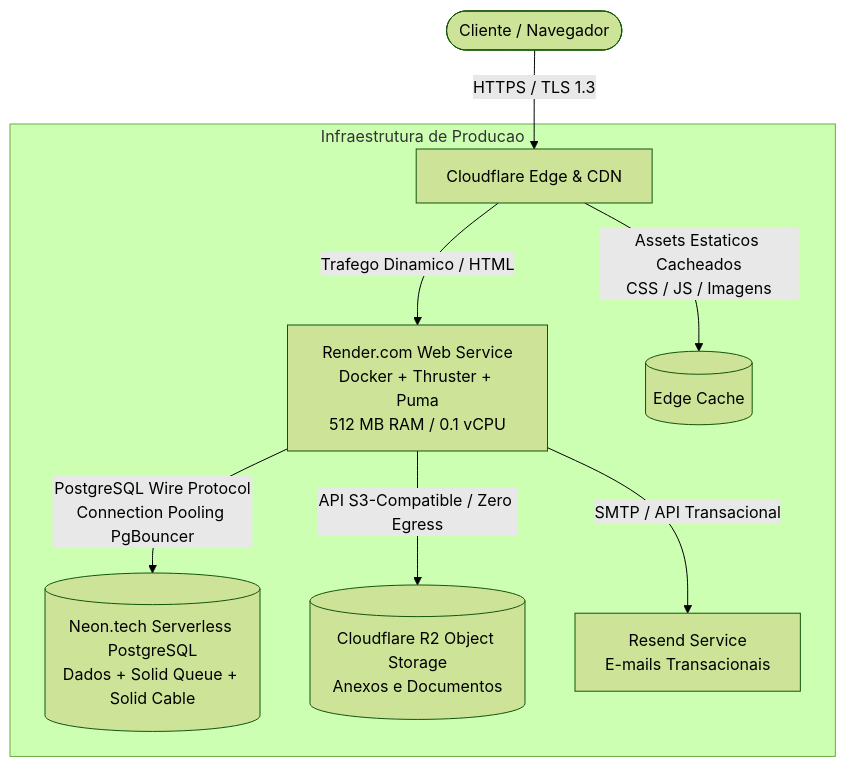
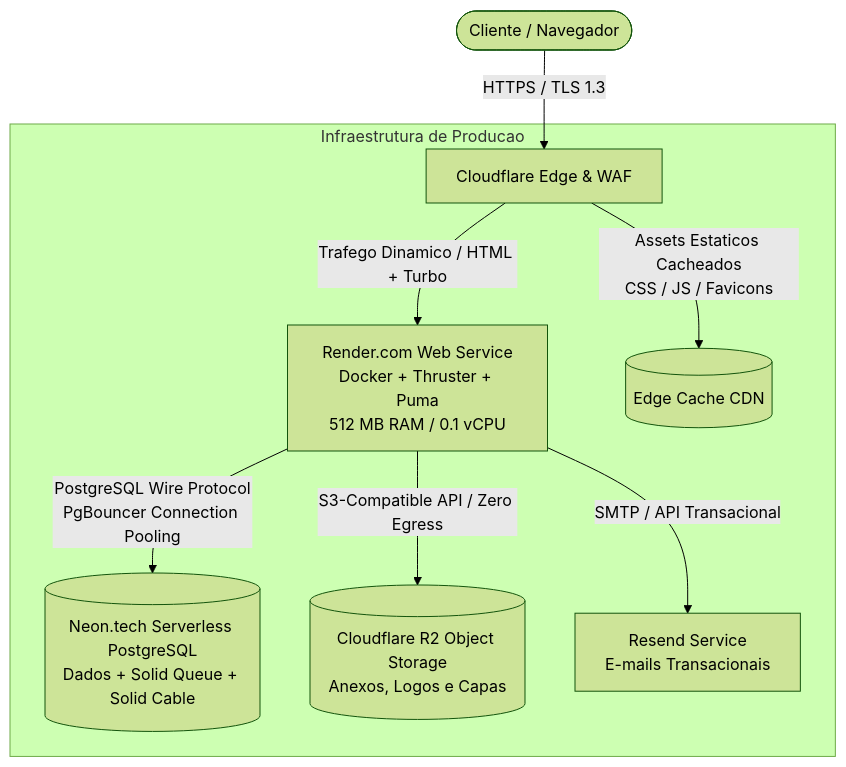
One commit to PacEvill/SpecLine changed the diagram in README.md. Above: the diagram before and after it, drawn with Mermaid (forest theme). The commit also changed other lines of this file and 146 other files, not shown here.

````diff
--- a/README.md
+++ b/README.md
@@ -55,15 +84,15 @@
 ```mermaid
 graph TD
-    Client([Cliente / Navegador]) -->|HTTPS / TLS 1.3| Cloudflare[Cloudflare Edge & CDN]
+    Client([Cliente / Navegador]) -->|HTTPS / TLS 1.3| Cloudflare[Cloudflare Edge & WAF]
 
     subgraph Infraestrutura de Producao
-        Cloudflare -->|Trafego Dinamico / HTML| Render[Render.com Web Service<br>Docker + Thruster + Puma<br>512 MB RAM / 0.1 vCPU]
-        Cloudflare -->|Assets Estaticos Cacheados<br>CSS / JS / Imagens| Cache[(Edge Cache)]
+        Cloudflare -->|Trafego Dinamico / HTML + Turbo| Render[Render.com Web Service<br>Docker + Thruster + Puma<br>512 MB RAM / 0.1 vCPU]
+        Cloudflare -->|Assets Estaticos Cacheados<br>CSS / JS / Favicons| Cache[(Edge Cache CDN)]
 
-        Render -->|PostgreSQL Wire Protocol<br>Connection Pooling PgBouncer| Neon[(Neon.tech Serverless PostgreSQL<br>Dados + Solid Queue + Solid Cable)]
+        Render -->|PostgreSQL Wire Protocol<br>PgBouncer Connection Pooling| Neon[(Neon.tech Serverless PostgreSQL<br>Dados + Solid Queue + Solid Cable)]
 
-        Render -->|API S3-Compatible / Zero Egress| R2[(Cloudflare R2 Object Storage<br>Anexos e Documentos)]
+        Render -->|S3-Compatible API / Zero Egress| R2[(Cloudflare R2 Object Storage<br>Anexos, Logos e Capas)]
 
         Render -->|SMTP / API Transacional| Resend[Resend Service<br>E-mails Transacionais]
     end
 ```
````
